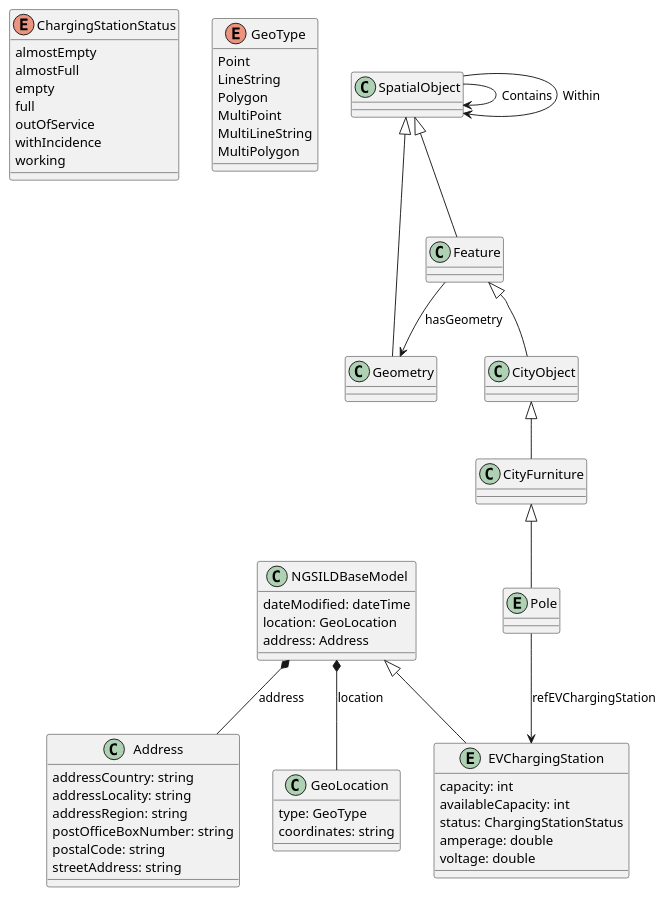
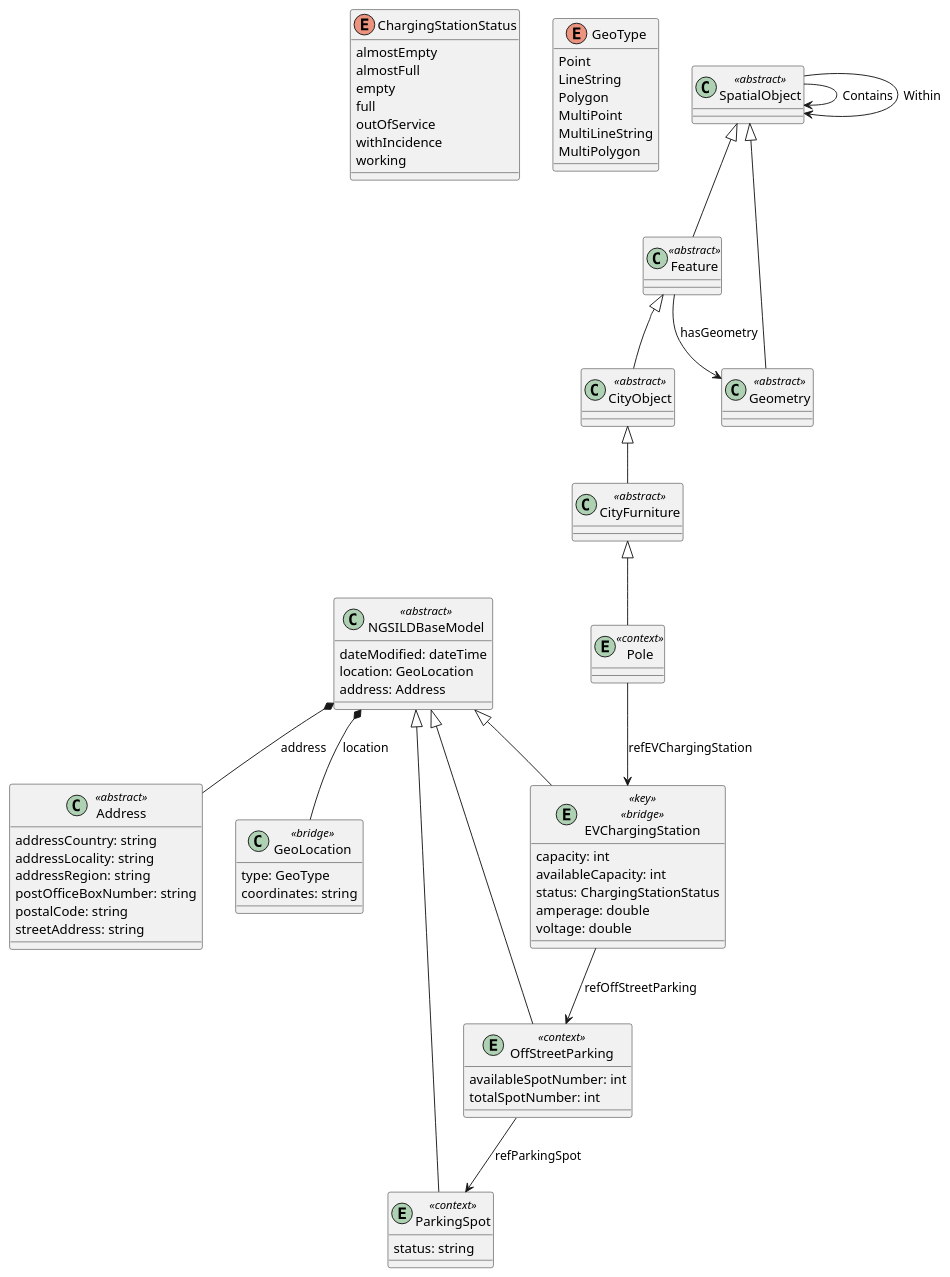
Before and after one commit to HenriKCorrea/agentwin-knowledge-graph: the diagram in diagrams/smart-city/smart-city-ev.puml, drawn with PlantUML. The commit also changed 1 other file, not shown here.

Commit message:
feat: add new entities for AdministrativeArea, District, Neighbourhood, and enhance EVChargingStation and OffStreetParking definitions in smart city diagrams

```diff
--- a/diagrams/smart-city/smart-city-ev.puml
+++ b/diagrams/smart-city/smart-city-ev.puml
@@ -17,130 +17,173 @@
 @startuml Smart City EV
 
 ' enum VehicleType {
 '     bicycle
 '     bus
 '     car
 '     caravan
 '     motorcycle
 '     motorscooter
 '     truck
 ' }
 
 ' enum SocketType {
 '     Caravan_Mains_Socket
 '     CHAdeMO
 '     CCS_SAE
 '     Dual_CHAdeMO
 '     Dual_J_1772
 '     Dual_Mennekes
 '     J_1772
 '     Mennekes
 '     Other
 '     Tesla
 '     Type2
 '     Type3
 '     Wall_Euro
 ' }
 
 enum ChargingStationStatus {
     almostEmpty
     almostFull
     empty
     full
     outOfService
     withIncidence
     working
 }
 
 enum GeoType {
     Point
     LineString
     Polygon
     MultiPoint
     MultiLineString
     MultiPolygon
 }
 
-class Address {
+class Address <<abstract>> {
     addressCountry: string
     addressLocality: string
     addressRegion: string
     postOfficeBoxNumber: string
     postalCode: string
     streetAddress: string
 }
 
-class GeoLocation {
+' <<bridge>> decision:
+' - **`GeoLocation`** — the Smart City side of the GeoLocation ↔ Location semantic gap. Uses GeoJSON-typed geometry
+'   (type: GeoType, coordinates: string) as opposed to the Energy Grid CIM scalar Cartesian model
+'   (xPosition/yPosition). The agent must negotiate this coordinate system mismatch when correlating
+'   Smart City geographic entities with grid asset zones (e.g., SubGeographicalRegion → Substation).
+class GeoLocation <<bridge>> {
     type: GeoType
     coordinates: string /' Depends on the type of the location. '/
 }
 
-class NGSILDBaseModel {
+class NGSILDBaseModel <<abstract>> {
     ' dataProvider: string
     dateModified: dateTime
     ' dateCreated: dateTime
     ' source: string
     ' alternateName: string
     ' name: string
     ' description: string
     ' owner: string
     ' seeAlso: string
     location: GeoLocation
     address: Address
 }
 
 ' Spatial-object represents everything that can have a spatial representation. It is superclass of feature and geometry. GeoSPARQL 1.0 is an OGC Standard.Copyright (c) 2012 Open Geospatial Consortium.
-class SpatialObject {
+class SpatialObject <<abstract>> {
     
 }
 
 ' The class represents the top-level geometry type. This class is equivalent to the UML class GM_Object defined in ISO 19107, and it is superclass of all geometry types. GeoSPARQL 1.0 is an OGC Standard.Copyright (c) 2012 Open Geospatial Consortium.
-class Geometry extends SpatialObject {
+class Geometry <<abstract>> extends SpatialObject {
 
 }
 
 ' This class represents the top-level feature type. This class is equivalent to GFI_Feature defined in ISO 19156:2011, and it is superclass of all feature types. GeoSPARQL 1.0 is an OGC Standard.Copyright (c) 2012 Open Geospatial Consortium.
-class Feature extends SpatialObject {
+class Feature <<abstract>> extends SpatialObject {
 
 }
 
 ' Generic class for describing city objects.
-class CityObject extends Feature {
+class CityObject <<abstract>> extends Feature {
 
 }
 
-class CityFurniture extends CityObject {
+class CityFurniture <<abstract>> extends CityObject {
 
 }
 
-entity EVChargingStation extends NGSILDBaseModel {
+' <<key>> decision:
+' - **`EVChargingStation`** — the supply side from the Smart City perspective. `capacity` is the total number of vehicles
+'   that can charge simultaneously, `availableCapacity` is current availability, `status` maps to UsagePoint.connectionState,
+'   and `amperage` maps to UsagePoint.ratedCurrent. This is the entity the Smart City agent queries to answer
+'   "which stations are available and what power level do they offer?"
+'
+' <<bridge>> decision:
+' - **`EVChargingStation`** — the Smart City side of the EVChargingStation ↔ UsagePoint semantic gap. The Smart City models
+'   the charging station as physical infrastructure with availability counts and status enums, while the Energy Grid models
+'   the same socket as a logical UsagePoint with power metrics. Bridging this correspondence is the central semantic
+'   challenge the agent must solve.
+entity EVChargingStation <<key>> <<bridge>> extends NGSILDBaseModel {
     capacity: int /' The total number of vehicles which can be charged at the same time. The total number of sockets can be higher. '/
     ' socketNumber: int /' The total number of sockets offered by this charging station. '/ 
     availableCapacity: int /' The number of vehicles which currently can be charged. '/
     ' allowedVehicleType: VehicleType /' Vehicle type(s) which can be charged. '/
     ' socketType: SocketType /' The type of sockets offered by this station. '/
     ' openingHours: string /' The opening hours of the charging station. '/
     status: ChargingStationStatus /' Status of the charging station. '/
     ' network: string /' The name of the Network, with that the operator cooperates. '/
     ' operator: string /' Charging station's operator. '/
     ' contactPoint: ContactPoint /' Charging station contact point. '/
     amperage: double /' The total amperage offered by the charging station. Units:'Ampers (A) '/
     voltage: double /' The total voltage offered by the charging station. Units:'Volts (V)' '/
     ' chargeType: enum {annualPayment, flat, free, monthlyPayment, other} /'  '/
     ' acceptedPaymentMethod: enum {ByBankTransferInAdvance, ByInvoice, Cash, CheckInAdvance, COD, DirectDebit, GoogleCheckout, PayPal, PaySwarm} /' Type(s) of charge when using this station. Model:'https://schema.org/Text'. Enum:'ByBankTransferInAdvance, ByInvoice, Cash, CheckInAdvance, COD, DirectDebit, GoogleCheckout, PayPal, PaySwarm' '/
 }
 
-entity Pole extends CityFurniture {
+entity Pole <<context>> extends CityFurniture {
+}
+
+' A parking lot with off-street access. Contains EV charging stations and parking spots.
+' <<context>> decision:
+' - **`OffStreetParking`** — structural anchor linking EVChargingStation to a geographic zone (via NGSILDBaseModel.location).
+'   `availableSpotNumber` provides the parking availability the scenario requires ("parking availability" in methodology.tex).
+'   The agent uses this to determine if an EV can physically park before assigning it to a charging station.
+entity OffStreetParking <<context>> extends NGSILDBaseModel {
+    availableSpotNumber: int /' The number of parking spots available in this parking site. '/
+    totalSpotNumber: int /' The total number of spots offered by this parking site. '/
+    ' openingHours: string
+    ' facilities: enum {electricChargingStation, ...} /' Available amenities including EV charging. '/
+}
+
+' An atomic parking space / spot.
+' <<context>> decision:
+' - **`ParkingSpot`** — individual spot occupancy status; allows the agent to determine whether a specific
+'   parking space adjacent to a charging station is free before completing an EV assignment.
+entity ParkingSpot <<context>> extends NGSILDBaseModel {
+    status: string /' Allowed values: occupied, free, closed. '/
+    ' category: enum {offStreet, onStreet}
+    ' width: double
+    ' length: double
 }
 
 SpatialObject --> SpatialObject : Contains
 SpatialObject --> SpatialObject : Within
 
 Feature --> Geometry : hasGeometry
 
 NGSILDBaseModel *-- GeoLocation : location
 NGSILDBaseModel *-- Address : address
 
 Pole --> EVChargingStation : refEVChargingStation
 
+EVChargingStation --> OffStreetParking : refOffStreetParking /' The off-street parking site this charging station belongs to. '/
+
+OffStreetParking --> ParkingSpot : refParkingSpot /' Individual parking spots in this facility. '/
+
 @enduml
```
